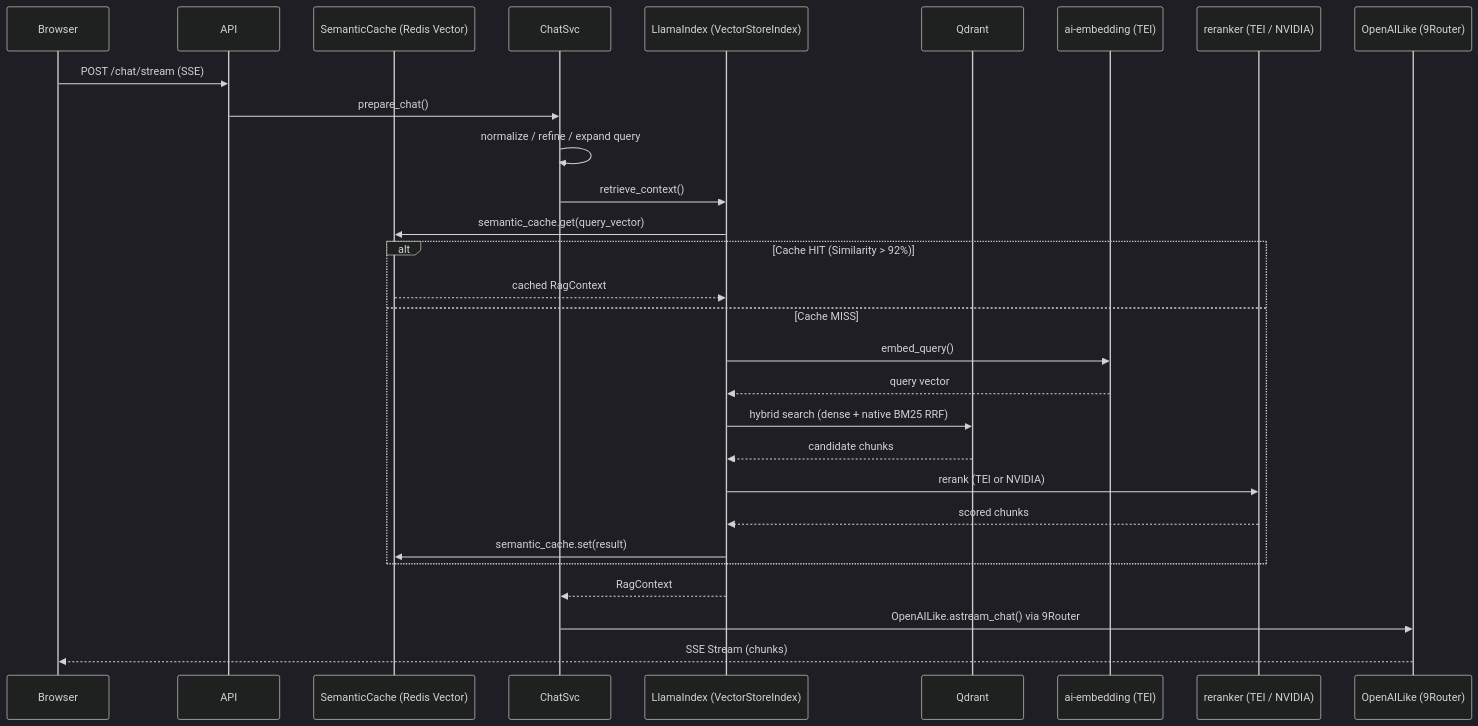
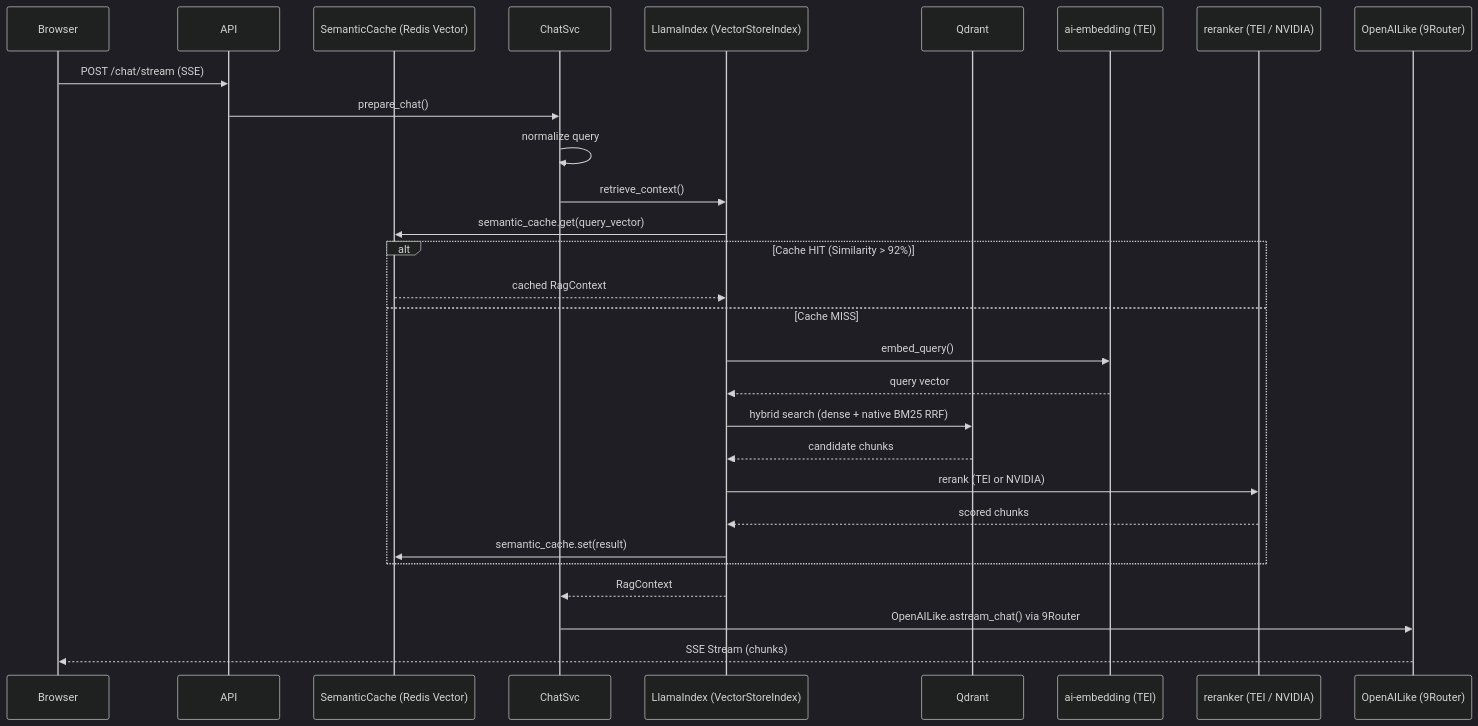
One commit to qtuanph/chatbot-rag changed the diagram in docs/2.2_WORKFLOWS_CHAT.md. Above: the diagram before and after it, drawn with Mermaid (dark theme). The commit also changed other lines of this file and 37 other files, not shown here.

````diff
--- a/docs/2.2_WORKFLOWS_CHAT.md
+++ b/docs/2.2_WORKFLOWS_CHAT.md
@@ -5,34 +5,34 @@
 ```mermaid
 sequenceDiagram
     participant Browser
     participant API
     participant Cache as SemanticCache (Redis Vector)
     participant ChatSvc
     participant Retriever as LlamaIndex (VectorStoreIndex)
     participant Qdrant
     participant AIEmbed as ai-embedding (TEI)
     participant AIRerank as reranker (TEI / NVIDIA)
     participant LLM as OpenAILike (9Router)
 
     Browser->>API: POST /chat/stream (SSE)
     API->>ChatSvc: prepare_chat()
-    ChatSvc->>ChatSvc: normalize / refine / expand query
+    ChatSvc->>ChatSvc: normalize query
     ChatSvc->>Retriever: retrieve_context()
 
     Retriever->>Cache: semantic_cache.get(query_vector)
     alt Cache HIT (Similarity > 92%)
         Cache-->>Retriever: cached RagContext
     else Cache MISS
         Retriever->>AIEmbed: embed_query()
         AIEmbed-->>Retriever: query vector
         Retriever->>Qdrant: hybrid search (dense + native BM25 RRF)
         Qdrant-->>Retriever: candidate chunks
         Retriever->>AIRerank: rerank (TEI or NVIDIA)
         AIRerank-->>Retriever: scored chunks
         Retriever->>Cache: semantic_cache.set(result)
     end
 
     Retriever-->>ChatSvc: RagContext
     ChatSvc->>LLM: OpenAILike.astream_chat() via 9Router
     LLM-->>Browser: SSE Stream (chunks)
 ```
````
